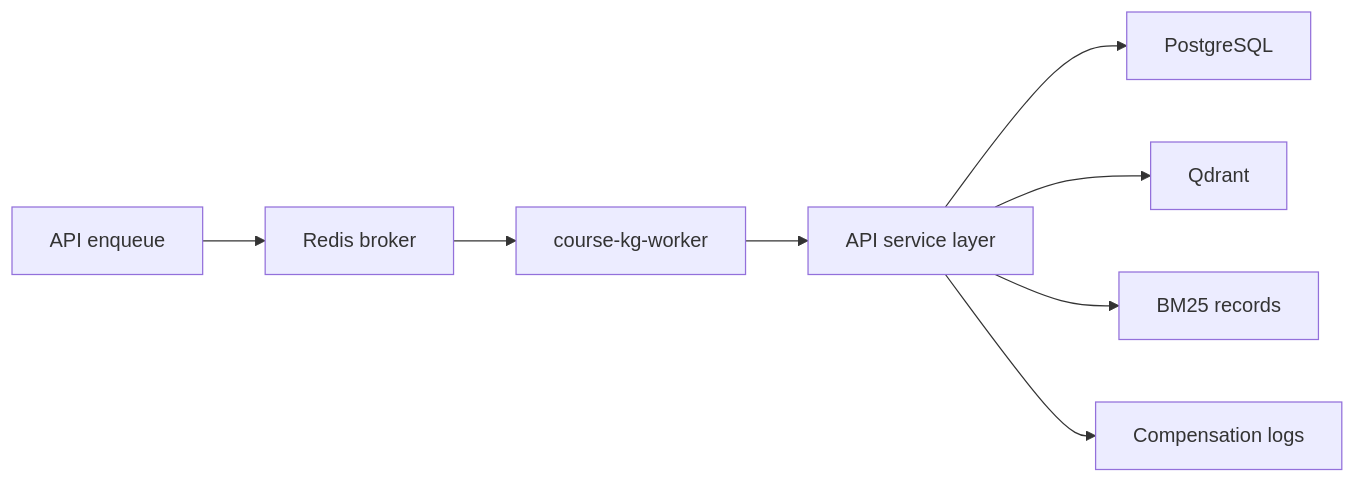
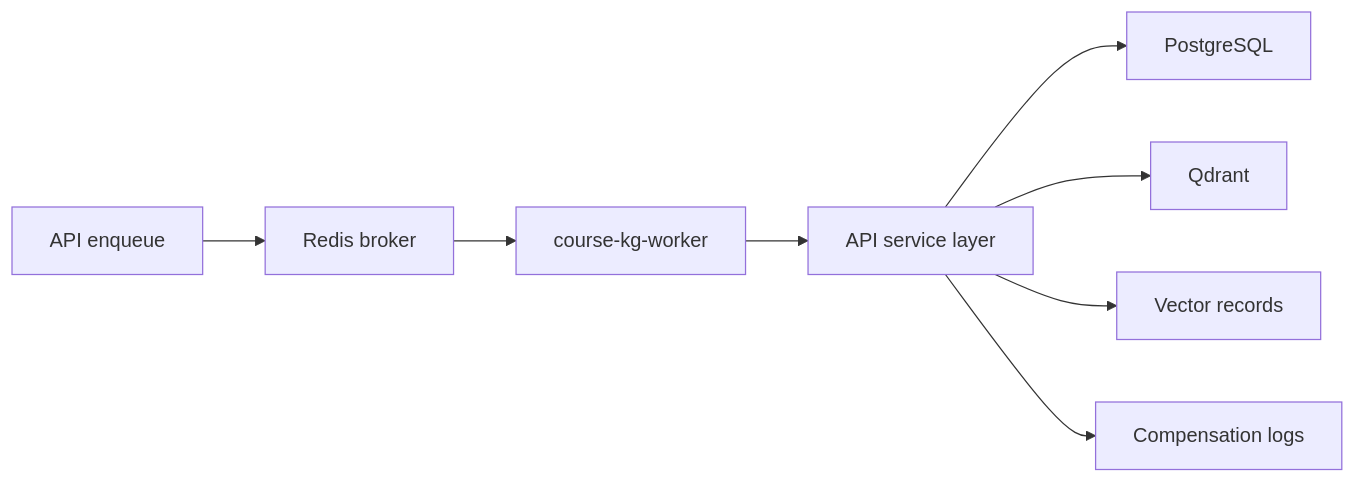
One commit to Sggggt/SymboGraph changed the diagram in apps/worker/README.md. Above: the diagram before and after it, drawn with Mermaid. The commit also changed other lines of this file and 53 other files, not shown here.

Commit message:
v1.4.1 beta: 使用动态KNN算法构建底层图谱，分层图谱检索修复了预算不均匀的问题，取消了重排序功能

````diff
--- a/apps/worker/README.md
+++ b/apps/worker/README.md
@@ -31,10 +32,10 @@
 ```mermaid
 flowchart LR
     API["API enqueue"] --> R["Redis broker"]
     R --> W["course-kg-worker"]
     W --> S["API service layer"]
     S --> PG["PostgreSQL"]
     S --> Q["Qdrant"]
-    S --> BM["BM25 records"]
+    S --> V["Vector records"]
     S --> C["Compensation logs"]
 ```
````
